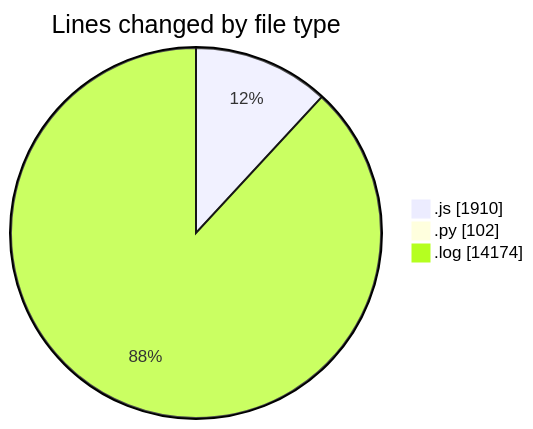
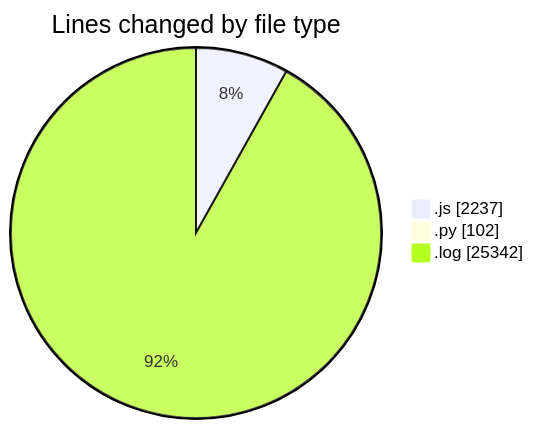
Before and after one commit to nxtqubesakshisongat/code-tracking: the first of 2 diagrams in 2025-04-14/nxtqube_webapp/README.md, drawn with Mermaid. The commit also changed other lines of this file and 1 other file, not shown here.

````diff
--- a/2025-04-14/nxtqube_webapp/README.md
+++ b/2025-04-14/nxtqube_webapp/README.md
@@ -28,7 +29,7 @@
 ```mermaid
 pie showData
 title Lines changed by file type
-".js" : 1910
+".js" : 2237
 ".py" : 102
-".log" : 14174
+".log" : 25342
 ```
````
